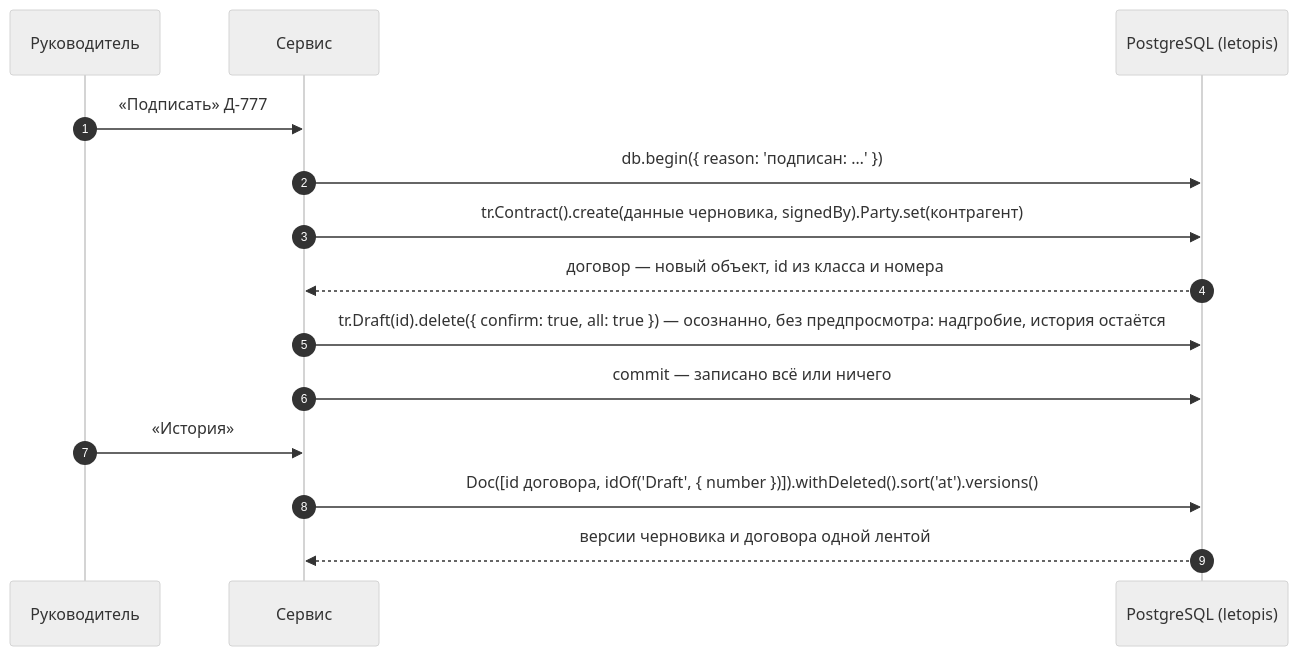
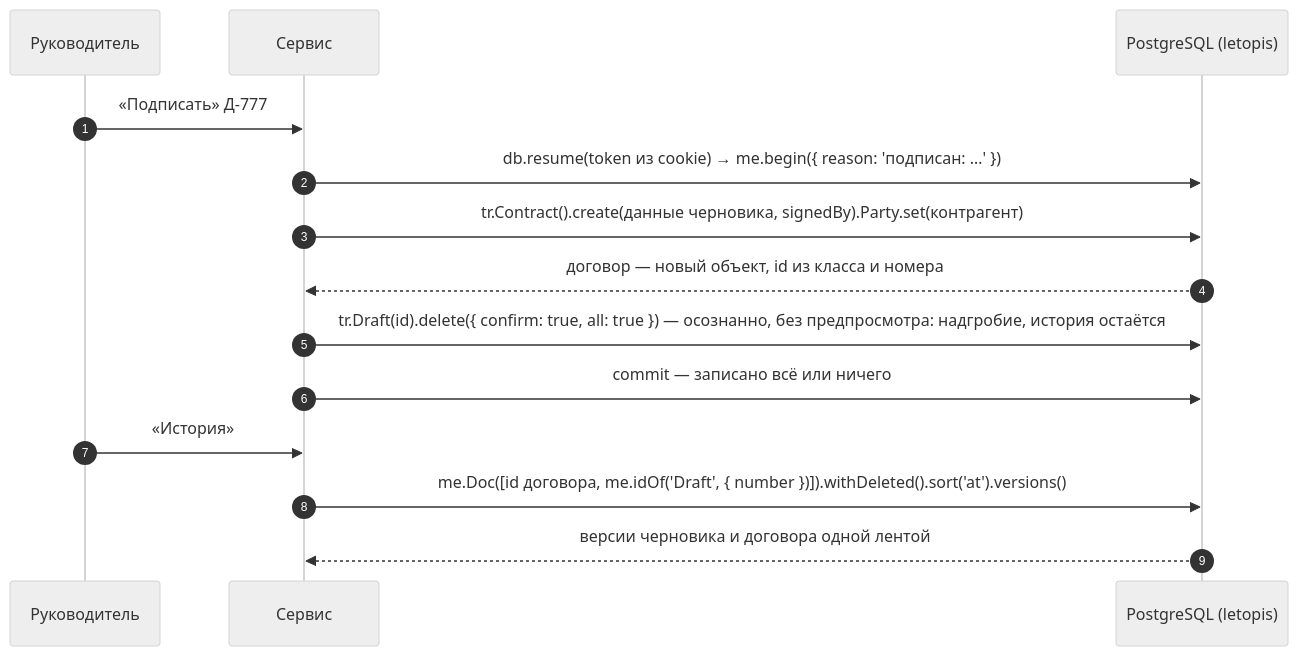
The second of 2 diagrams in guide/pages/services/documents.md (alepri51/letopis), drawn with Mermaid (neutral theme) before and after one commit. The commit also changed other lines of this file and 86 other files, not shown here.

````diff
--- a/guide/pages/services/documents.md
+++ b/guide/pages/services/documents.md
@@ -76,16 +79,16 @@
 ```mermaid
 sequenceDiagram
   autonumber
   participant U as Руководитель
   participant S as Сервис
   participant DB as PostgreSQL (letopis)
   U->>S: «Подписать» Д-777
-  S->>DB: db.begin({ reason: 'подписан: …' })
+  S->>DB: db.resume(token из cookie) → me.begin({ reason: 'подписан: …' })
   S->>DB: tr.Contract().create(данные черновика, signedBy).Party.set(контрагент)
   DB-->>S: договор — новый объект, id из класса и номера
   S->>DB: tr.Draft(id).delete({ confirm: true, all: true }) — осознанно, без предпросмотра: надгробие, история остаётся
   S->>DB: commit — записано всё или ничего
   U->>S: «История»
-  S->>DB: Doc([id договора, idOf('Draft', { number })]).withDeleted().sort('at').versions()
+  S->>DB: me.Doc([id договора, me.idOf('Draft', { number })]).withDeleted().sort('at').versions()
   DB-->>S: версии черновика и договора одной лентой
 ```
````
